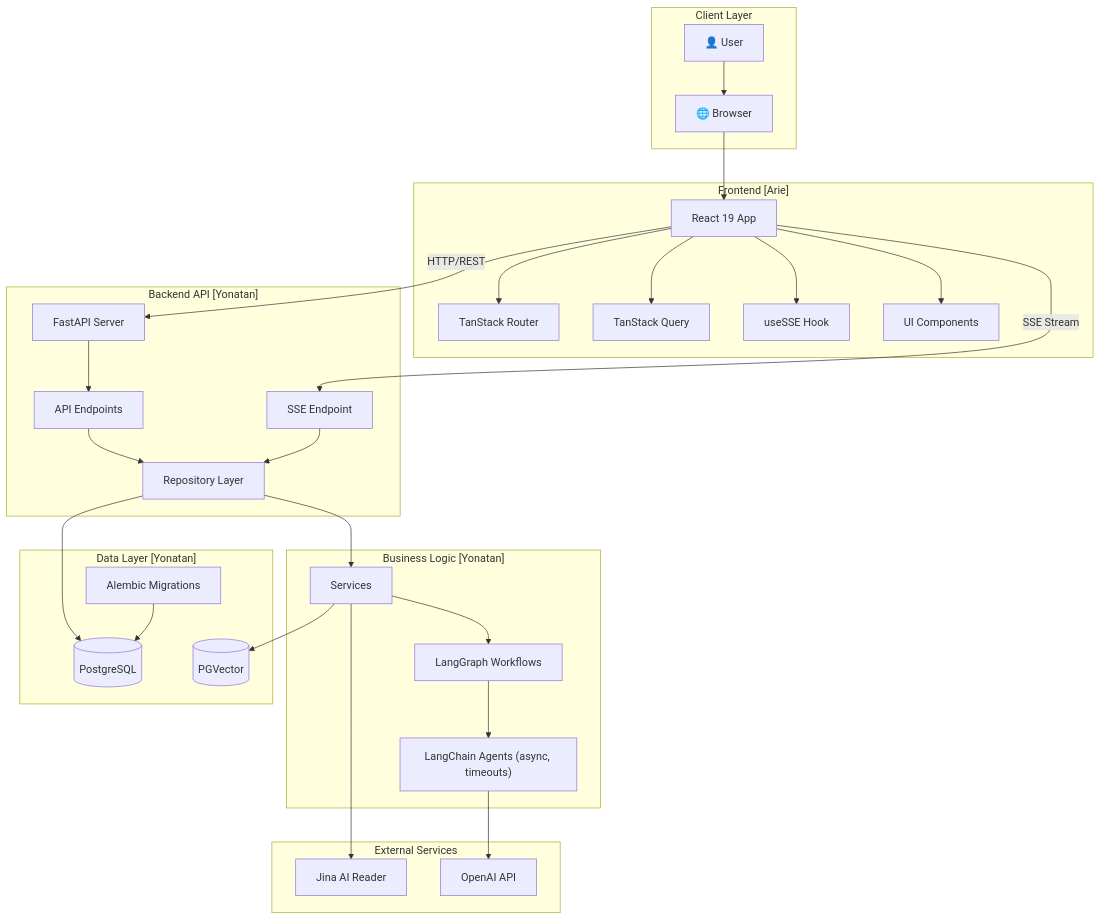
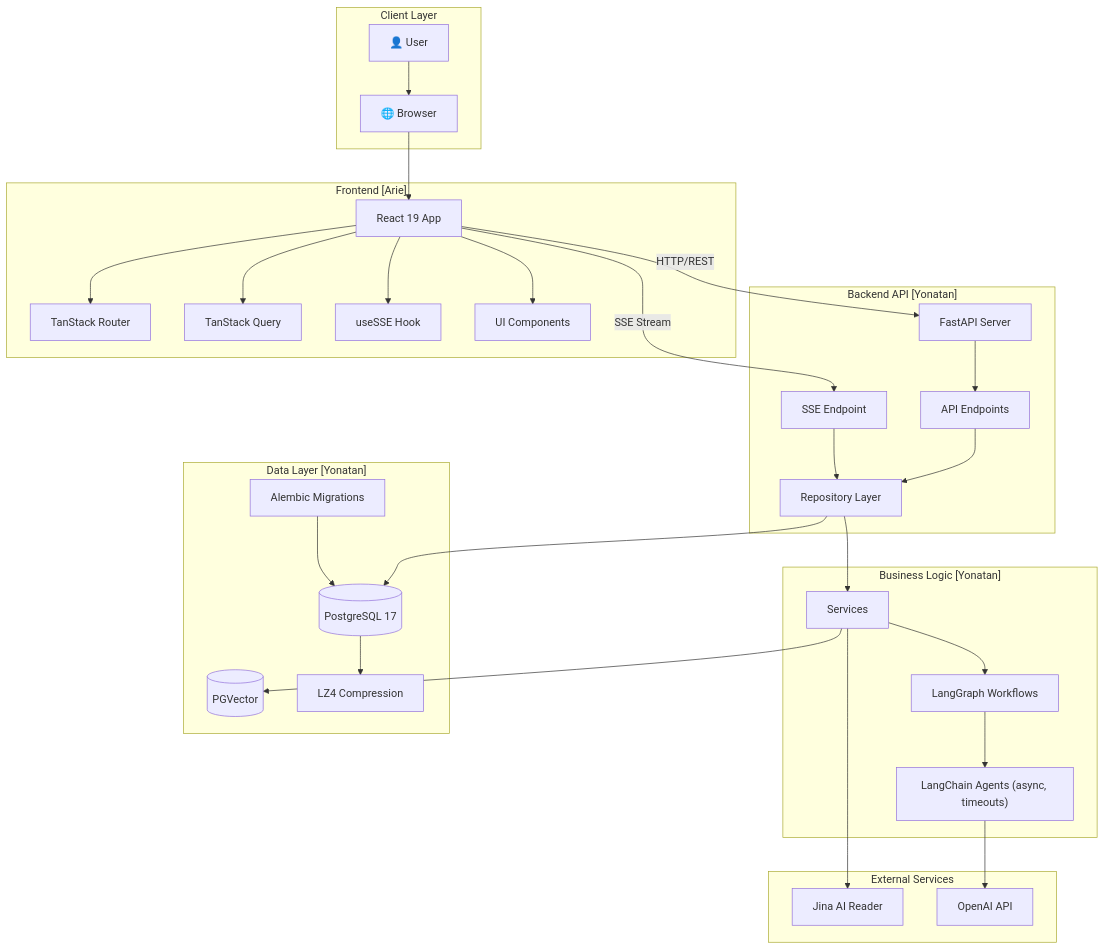
Before and after one commit to ArieGoldkin/SkillForge: the second of 11 diagrams in docs/ARCHITECTURE.md, drawn with Mermaid. The commit also changed other lines of this file and 13 other files, not shown here.

First line of the commit message:
feat(docs): update architecture documentation for LZ4 compression and data validation

````diff
--- a/docs/ARCHITECTURE.md
+++ b/docs/ARCHITECTURE.md
@@ -128,64 +128,66 @@
 ```mermaid
 graph TB
     subgraph "Client Layer"
         User[👤 User]
         Browser[🌐 Browser]
         User --> Browser
     end
     
     subgraph "Frontend [Arie]"
         React[React 19 App]
         Router[TanStack Router]
         Query[TanStack Query]
         SSE[useSSE Hook]
         Components[UI Components]
         
         Browser --> React
         React --> Router
         React --> Query
         React --> SSE
         React --> Components
     end
     
     subgraph "Backend API [Yonatan]"
         FastAPI[FastAPI Server]
         Endpoints[API Endpoints]
         SSEEndpoint[SSE Endpoint]
         Repos[Repository Layer]
         
         React -->|HTTP/REST| FastAPI
         React -->|SSE Stream| SSEEndpoint
         FastAPI --> Endpoints
         Endpoints --> Repos
         SSEEndpoint --> Repos
     end
     
     subgraph "Business Logic [Yonatan]"
         Services[Services]
         Workflows[LangGraph Workflows]
         Agents["LangChain Agents (async, timeouts)"]
         
         Repos --> Services
         Services --> Workflows
         Workflows --> Agents
     end
     
     subgraph "Data Layer [Yonatan]"
-        PostgreSQL[(PostgreSQL)]
+        PostgreSQL[(PostgreSQL 17)]
         PGVector[(PGVector)]
         Alembic[Alembic Migrations]
+        LZ4[LZ4 Compression]
         
         Repos --> PostgreSQL
         Services --> PGVector
         Alembic --> PostgreSQL
+        PostgreSQL --> LZ4
     end
     
     subgraph "External Services"
         JinaAI[Jina AI Reader]
         OpenAI[OpenAI API]
         
         Services --> JinaAI
         Agents --> OpenAI
     end
     
 ```
````
